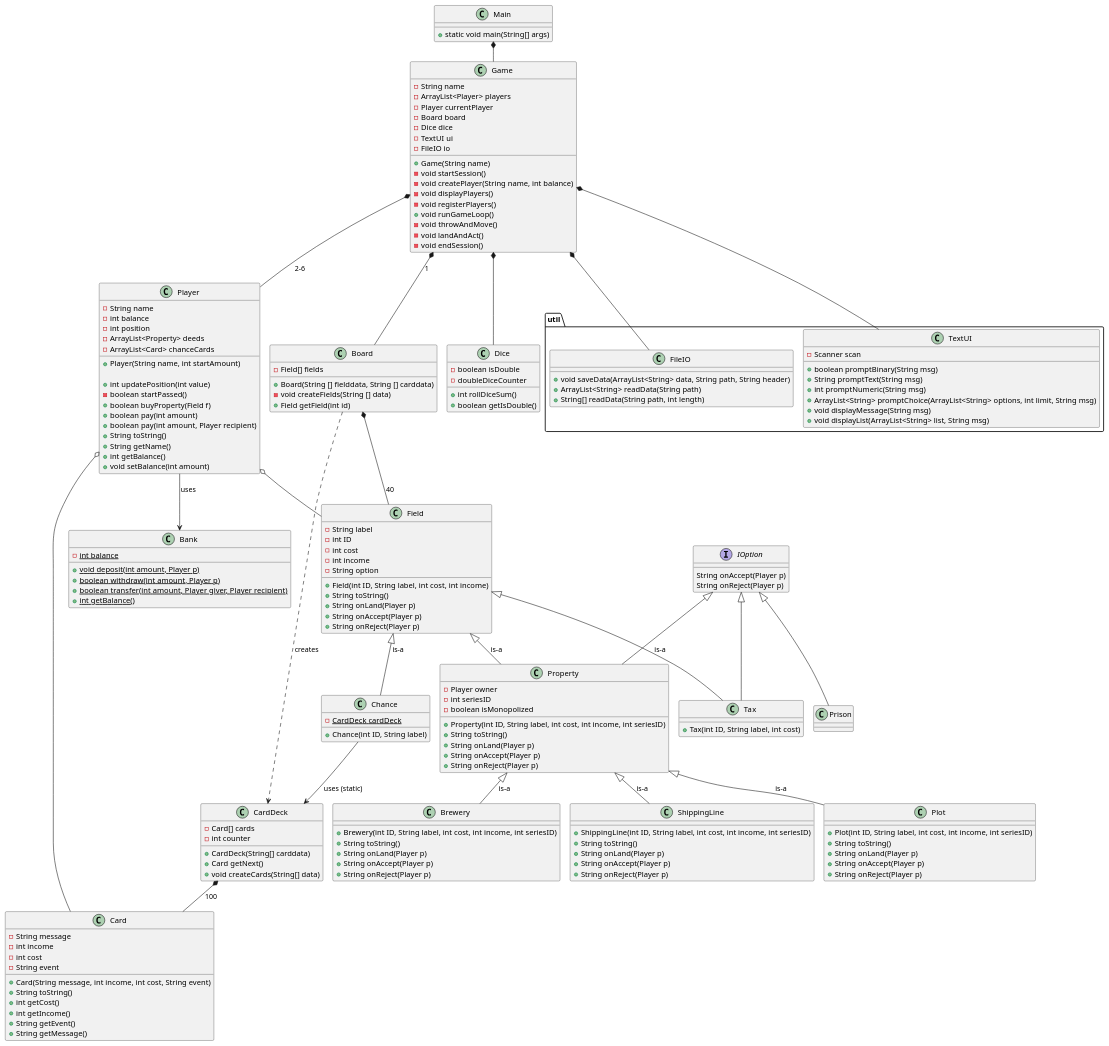
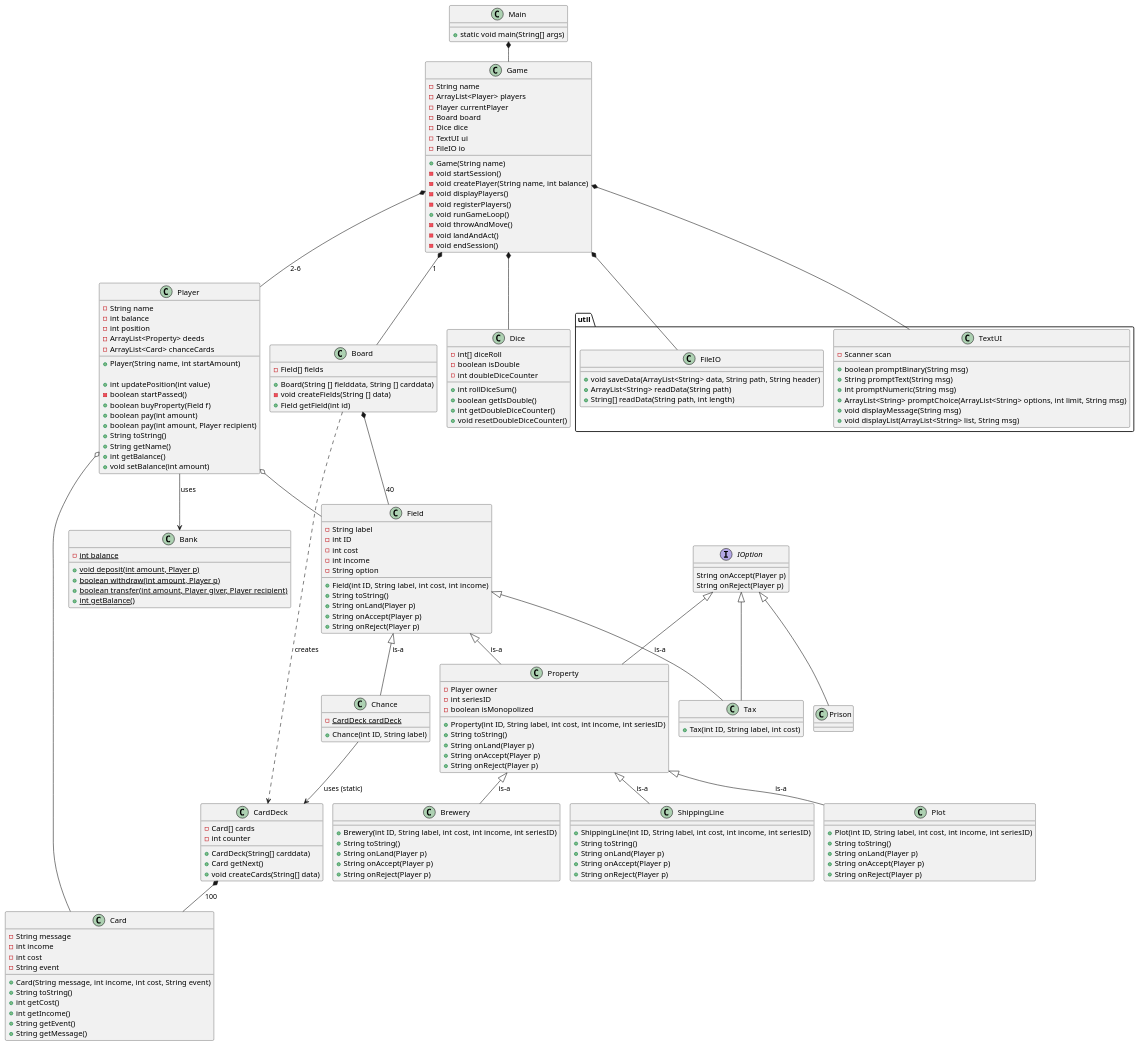
The diagram in doc/plan/static/classdiagram_v2.puml (Dat1Cphbusiness/MonopolyE25), drawn with PlantUML before and after one commit. The commit also changed 1 other file, not shown here.

```diff
--- a/doc/plan/static/classdiagram_v2.puml
+++ b/doc/plan/static/classdiagram_v2.puml
@@ -1,197 +1,200 @@
 @startuml
 !pragma layout smetana
 
 class Main{
 + static void main(String[] args)
 }
 
 
 
 
 class Game{
  - String name
  - ArrayList<Player> players
  - Player currentPlayer
  - Board board
  - Dice dice
  'utilities
   - TextUI ui
   - FileIO io
   'Contructor
  + Game(String name)
  'Methods
  - void startSession()
  - void createPlayer(String name, int balance)
  - void displayPlayers()
  - void registerPlayers()
  + void runGameLoop()
  - void throwAndMove()
  - void landAndAct()
  - void endSession()
 
 }
 
 class Player{
 - String name
 - int balance
 - int position
 - ArrayList<Property> deeds
 - ArrayList<Card> chanceCards
 
 + Player(String name, int startAmount)
 
 + int updatePosition(int value)
 - boolean startPassed()
 + boolean buyProperty(Field f)
 + boolean pay(int amount)
 + boolean pay(int amount, Player recipient)
 + String toString()
 + String getName()
 + int getBalance()
 + void setBalance(int amount)
 }
 
 class Bank{
 - {static} int balance
 + {static} void deposit(int amount, Player p)
 + {static} boolean withdraw(int amount, Player p)
 + {static} boolean transfer(int amount, Player giver, Player recipient)
 + {static} int getBalance()
 }
 
 class Field{
  - String label
  - int ID
  - int cost
  - int income
  - String option
  + Field(int ID, String label, int cost, int income)
  + String toString()
  + String onLand(Player p)
  + String onAccept(Player p)
  + String onReject(Player p)
 }
 class Board{
  - Field[] fields
  + Board(String [] fielddata, String [] carddata)
 'konstruktoren instansierer CardDeck med carddata som argument og tildeler til Chance.cardDeck
  - void createFields(String [] data)
  + Field getField(int id)
 
 }
 
 class Property{
  - Player owner
  - int seriesID
  - boolean isMonopolized
  + Property(int ID, String label, int cost, int income, int seriesID)
  + String toString()
   + String onLand(Player p)
   + String onAccept(Player p)
   + String onReject(Player p)
 }
 
 class Plot{
  + Plot(int ID, String label, int cost, int income, int seriesID)
  + String toString()
   + String onLand(Player p)
   + String onAccept(Player p)
   + String onReject(Player p)
  }
 
  class Brewery{
 
   + Brewery(int ID, String label, int cost, int income, int seriesID)
   + String toString()
    + String onLand(Player p)
    + String onAccept(Player p)
    + String onReject(Player p)
   }
 
   class ShippingLine{
 
    + ShippingLine(int ID, String label, int cost, int income, int seriesID)
    + String toString()
     + String onLand(Player p)
     + String onAccept(Player p)
     + String onReject(Player p)
    }
 
 class Chance{
  - {static} CardDeck cardDeck
  + Chance(int ID, String label)
 }
 class Tax{
  + Tax(int ID, String label, int cost)
 }
 class CardDeck {
 - Card[] cards
 - int counter
 + CardDeck(String[] carddata)
 + Card getNext()
 + void createCards(String[] data)
 }
 class Card{
 -String message
 -int income
 -int cost
 -String event
 +Card(String message, int income, int cost, String event)
 +String toString()
 + int getCost()
 + int getIncome()
 + String getEvent()
 + String getMessage()
 }
 
 class Dice{
+ - int[] diceRoll
  - boolean isDouble
- - doubleDiceCounter
- +int rollDiceSum()
- +boolean getIsDouble()
+ - int doubleDiceCounter
+ + int rollDiceSum()
+ + boolean getIsDouble()
+ + int getDoubleDiceCounter()
+ + void resetDoubleDiceCounter()
  }
 package "util" {
 class TextUI {
 - Scanner scan
 + boolean promptBinary(String msg)
 + String promptText(String msg)
 + int promptNumeric(String msg)
 + ArrayList<String> promptChoice(ArrayList<String> options, int limit, String msg)
 + void displayMessage(String msg)
 + void displayList(ArrayList<String> list, String msg)
 }
 
 class FileIO{
 + void saveData(ArrayList<String> data, String path, String header)
 + ArrayList<String> readData(String path)
 + String[] readData(String path, int length)
 }
 }
 interface IOption{
  String onAccept(Player p)
  String onReject(Player p)
 }
 IOption <|-- Property
 IOption <|-- Tax
 IOption <|-- Prison
 Field <|-- Property: is-a
 Field <|-- Chance: is-a
 Field <|-- Tax: is-a
 Property <|-- Plot: is-a
 Property <|-- Brewery: is-a
  Property <|-- ShippingLine: is-a
 Game *-- TextUI
 Main *-- Game
 Game *-- Player: 2-6
 Game *-- FileIO
 Player --> Bank:uses
 Game *-- Board:1
 Board *-- Field:40
 Board ..> CardDeck : creates
 Chance --> CardDeck : uses (static)
 CardDeck *-- Card:100
 Game *-- Dice
 Player o-- Card
 Player o-- Field
 
 @enduml
```
